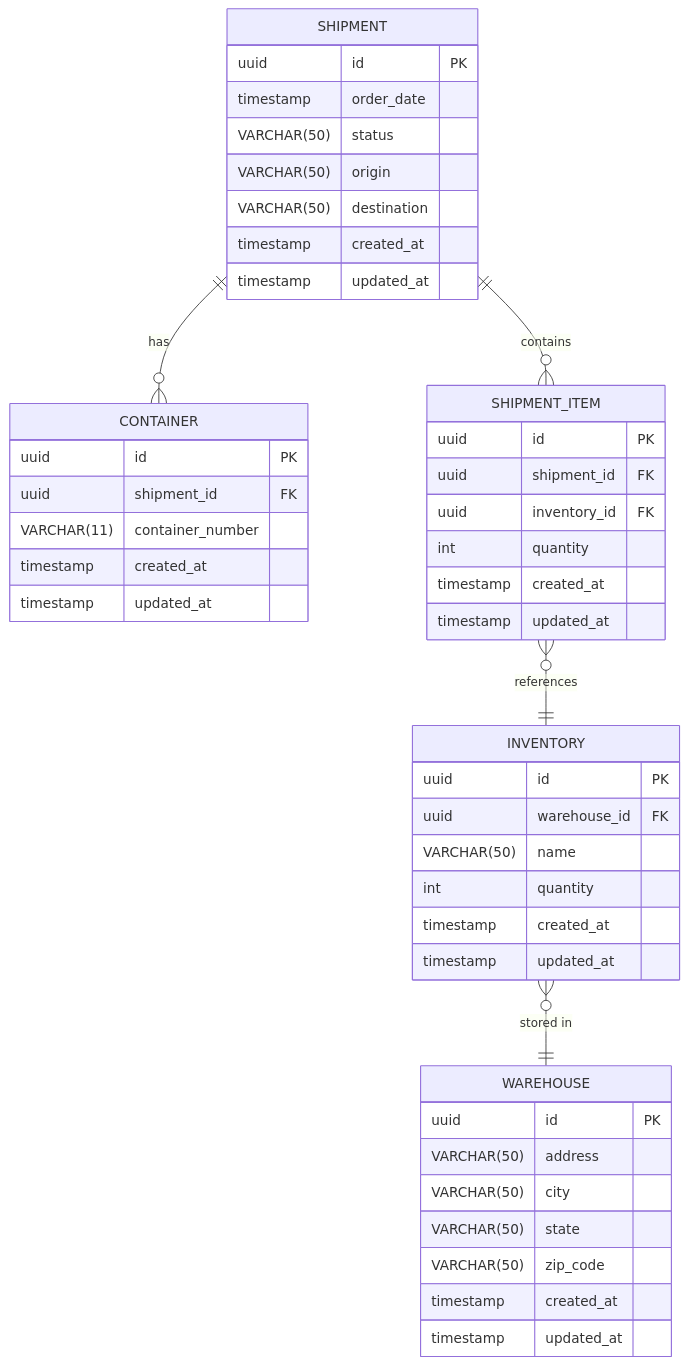
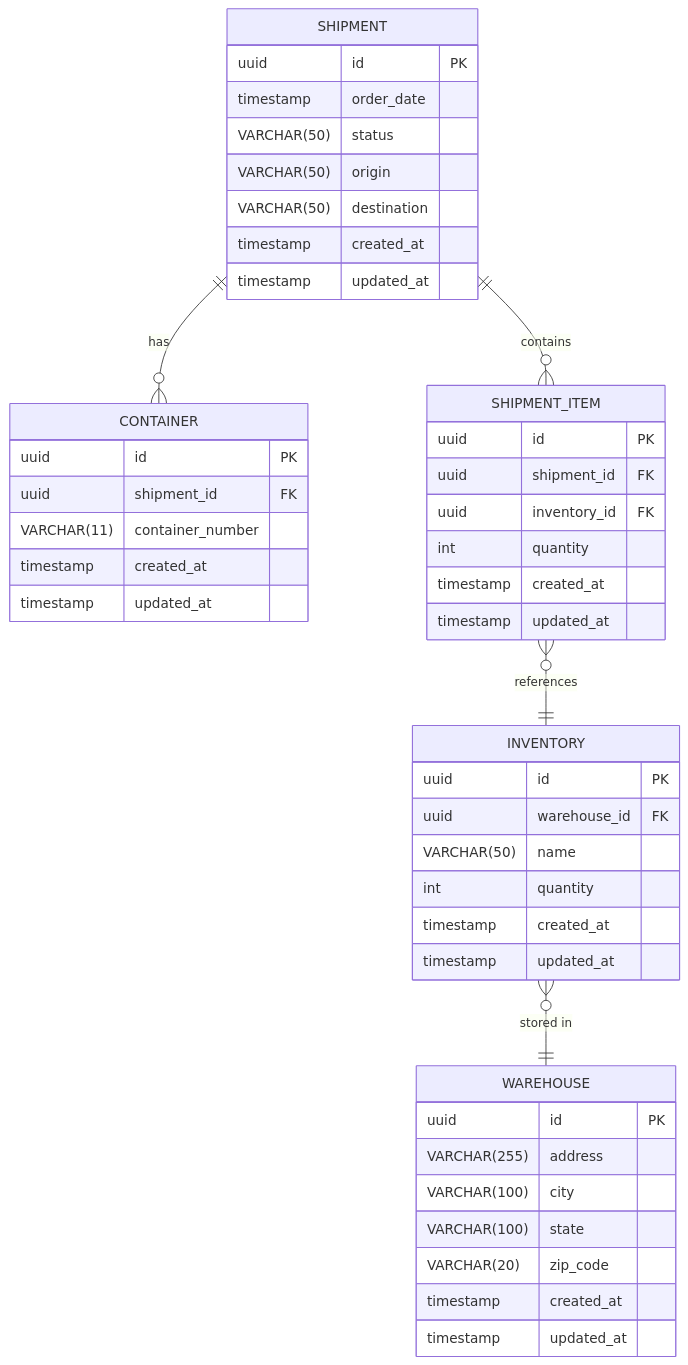
One commit to BadrChoubai/logistics-microservices changed the second of 3 diagrams in ARCHITECTURE.md. Above: the diagram before and after it, drawn with Mermaid. The commit also changed other lines of this file, not shown here.

````diff
--- a/ARCHITECTURE.md
+++ b/ARCHITECTURE.md
@@ -142,54 +142,54 @@
 ```mermaid
 erDiagram
     SHIPMENT {
         uuid        id PK
         timestamp   order_date
         VARCHAR(50) status
         VARCHAR(50) origin
         VARCHAR(50) destination
         timestamp   created_at
         timestamp   updated_at
     }
 
     CONTAINER {
         uuid        id PK
         uuid        shipment_id FK
         VARCHAR(11) container_number
         timestamp   created_at
         timestamp   updated_at
 
     }
 
     SHIPMENT_ITEM {
         uuid        id PK
         uuid        shipment_id FK
         uuid        inventory_id FK
         int         quantity
         timestamp   created_at
         timestamp   updated_at
     }
 
     INVENTORY {
         uuid        id PK
         uuid        warehouse_id FK
         VARCHAR(50) name
         int         quantity
         timestamp   created_at
         timestamp   updated_at
     }
 
     WAREHOUSE {
         uuid        id PK
-        VARCHAR(50) address
-        VARCHAR(50) city
-        VARCHAR(50) state
-        VARCHAR(50) zip_code
+        VARCHAR(255) address
+        VARCHAR(100) city
+        VARCHAR(100) state
+        VARCHAR(20) zip_code
         timestamp   created_at
         timestamp   updated_at
     }
 
     SHIPMENT ||--o{ CONTAINER : "has"
     SHIPMENT ||--o{ SHIPMENT_ITEM : "contains"
     SHIPMENT_ITEM }o--|| INVENTORY : "references"
     INVENTORY }o--|| WAREHOUSE : "stored in"
 ```
````
